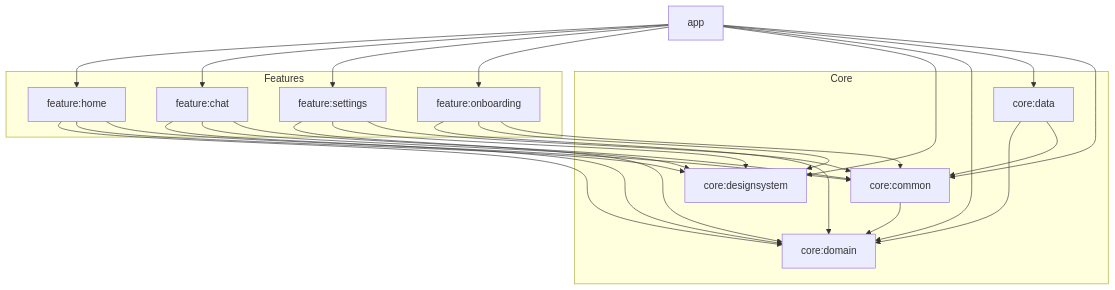
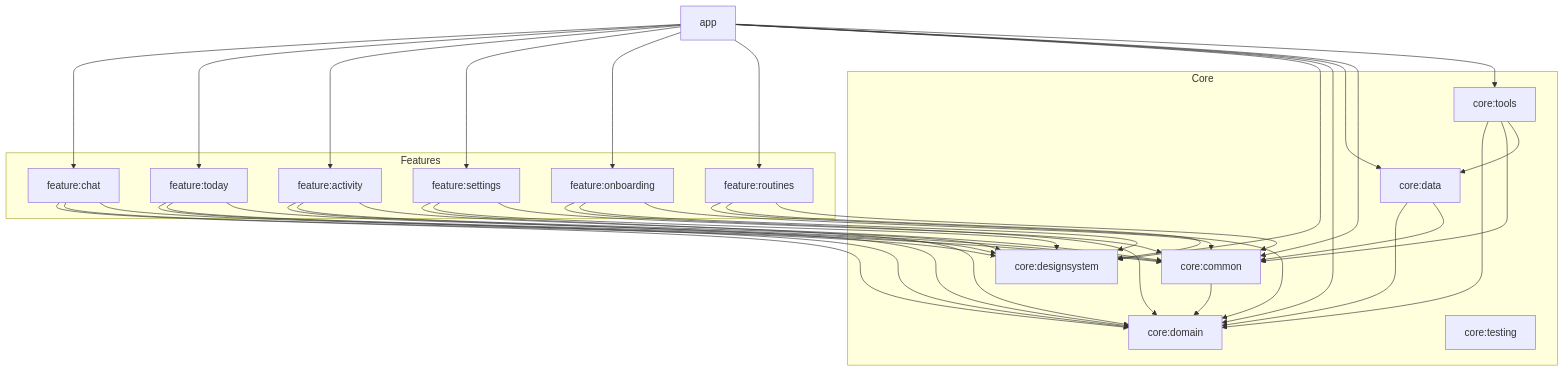
One commit to akashray398/Orbit changed the diagram in README.md. Above: the diagram before and after it, drawn with Mermaid. The commit also changed other lines of this file and 42 other files, not shown here.

````diff
--- a/README.md
+++ b/README.md
@@ -9,46 +9,65 @@
 ```mermaid
 graph TD
     subgraph Features
-        feature_home[feature:home]
         feature_chat[feature:chat]
+        feature_today[feature:today]
+        feature_activity[feature:activity]
         feature_settings[feature:settings]
         feature_onboarding[feature:onboarding]
+        feature_routines[feature:routines]
     end
 
     subgraph Core
         core_designsystem[core:designsystem]
         core_domain[core:domain]
         core_data[core:data]
         core_common[core:common]
+        core_tools[core:tools]
+        core_testing[core:testing]
     end
 
-    app[app] --> feature_home
-    app --> feature_chat
+    app[app] --> feature_chat
+    app --> feature_today
+    app --> feature_activity
     app --> feature_settings
     app --> feature_onboarding
+    app --> feature_routines
     app --> core_designsystem
     app --> core_domain
     app --> core_data
     app --> core_common
-
-    feature_home --> core_domain
-    feature_home --> core_designsystem
-    feature_home --> core_common
+    app --> core_tools
 
     feature_chat --> core_domain
     feature_chat --> core_designsystem
     feature_chat --> core_common
+
+    feature_today --> core_domain
+    feature_today --> core_designsystem
+    feature_today --> core_common
+
+    feature_activity --> core_domain
+    feature_activity --> core_designsystem
+    feature_activity --> core_common
 
     feature_settings --> core_domain
     feature_settings --> core_designsystem
     feature_settings --> core_common
 
     feature_onboarding --> core_domain
     feature_onboarding --> core_designsystem
     feature_onboarding --> core_common
 
+    feature_routines --> core_domain
+    feature_routines --> core_designsystem
+    feature_routines --> core_common
+
+    core_tools --> core_domain
+    core_tools --> core_common
+    core_tools --> core_data
+
     core_data --> core_domain
     core_data --> core_common
 
     core_common --> core_domain
 ```
````
